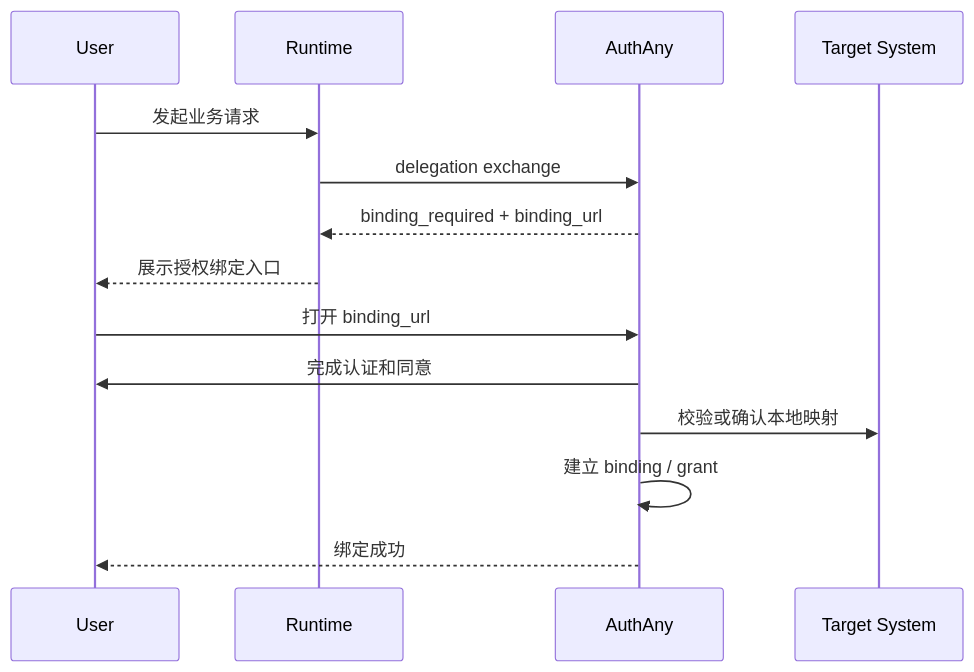
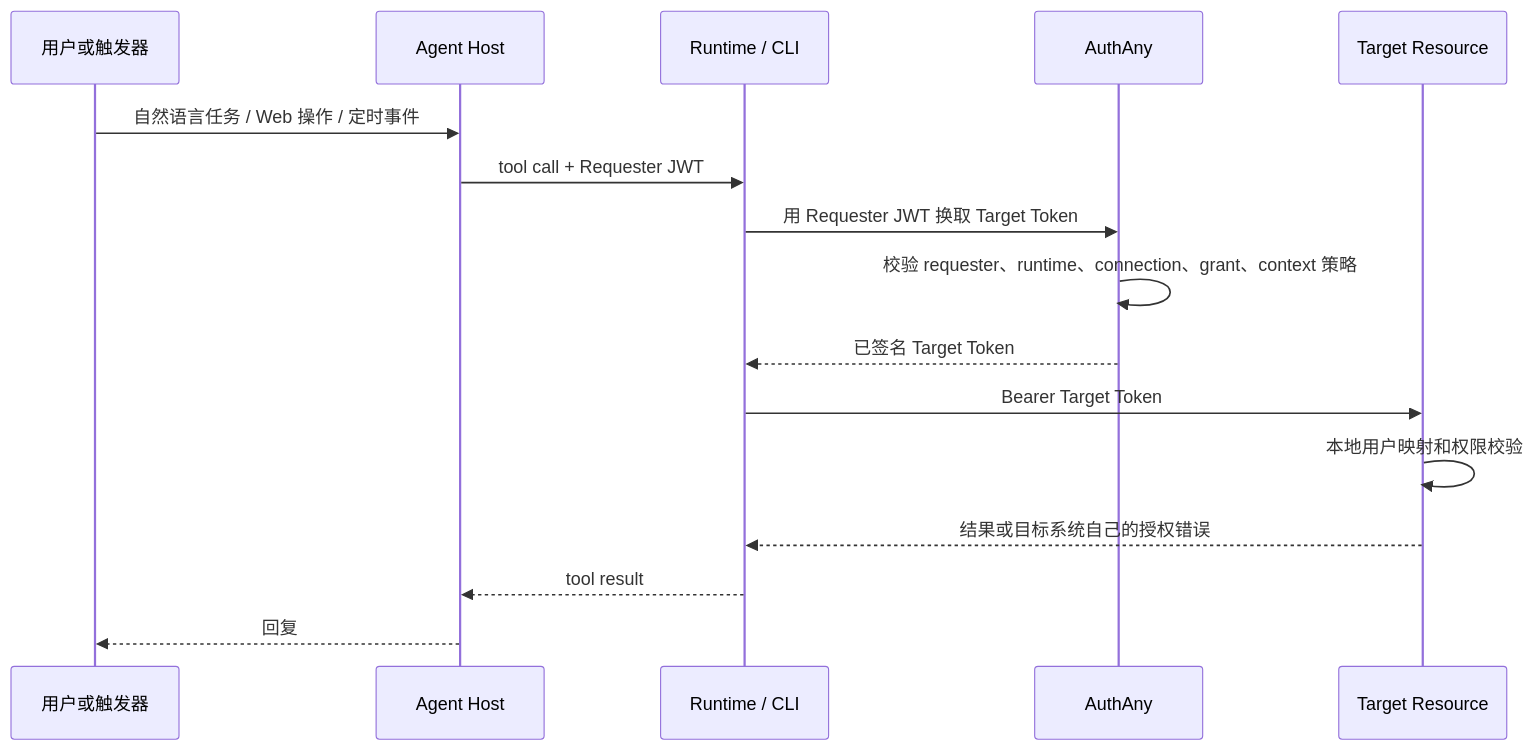
The second of 2 diagrams in specs/06-END-USER-FLOWS.md (renxqoo/Authany), drawn with Mermaid before and after one commit. The commit also changed other lines of this file and 310 other files, not shown here.

Commit message:
feat: harden security flows and reorganize example apps

````diff
--- a/specs/06-END-USER-FLOWS.md
+++ b/specs/06-END-USER-FLOWS.md
@@ -118,17 +93,19 @@
 ```mermaid
 sequenceDiagram
-    participant U as User
-    participant R as Runtime
+    participant U as 用户或触发器
+    participant H as Agent Host
+    participant R as Runtime / CLI
     participant A as AuthAny
-    participant T as Target System
+    participant T as Target Resource
 
-    U->>R: 发起业务请求
-    R->>A: delegation exchange
-    A-->>R: binding_required + binding_url
-    R-->>U: 展示授权绑定入口
-    U->>A: 打开 binding_url
-    A->>U: 完成认证和同意
-    A->>T: 校验或确认本地映射
-    A->>A: 建立 binding / grant
-    A-->>U: 绑定成功
+    U->>H: 自然语言任务 / Web 操作 / 定时事件
+    H->>R: tool call + Requester JWT
+    R->>A: 用 Requester JWT 换取 Target Token
+    A->>A: 校验 requester、runtime、connection、grant、context 策略
+    A-->>R: 已签名 Target Token
+    R->>T: Bearer Target Token
+    T->>T: 本地用户映射和权限校验
+    T-->>R: 结果或目标系统自己的授权错误
+    R-->>H: tool result
+    H-->>U: 回复
 ```
````
